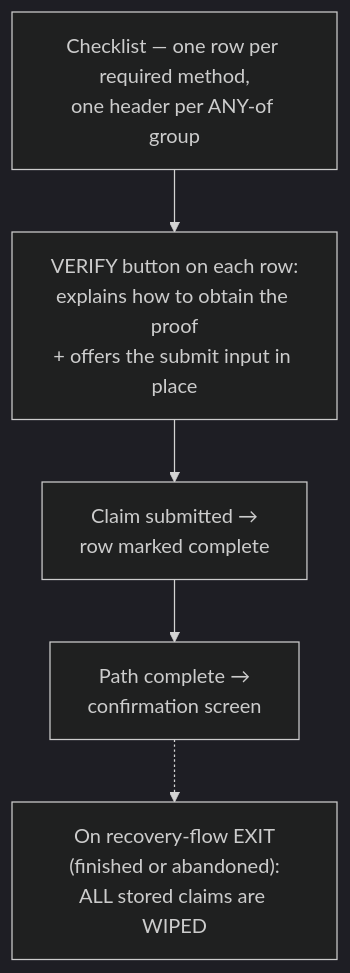
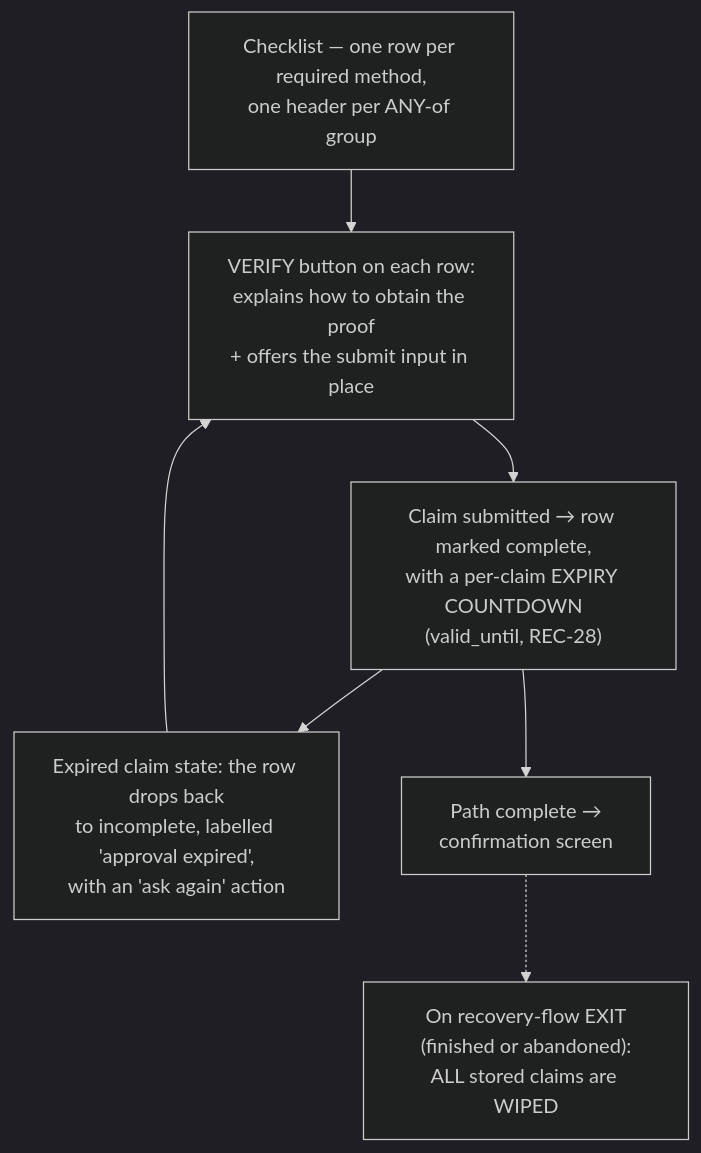
Before and after one commit to FiboAtWonder/kohaku-extension: the ninth of 14 diagrams in social-recovery-ux-flows.md, drawn with Mermaid (dark theme). The commit also changed other lines of this file and 5 other files, not shown here.

````diff
--- a/social-recovery-ux-flows.md
+++ b/social-recovery-ux-flows.md
@@ -274,7 +319,9 @@
 ```mermaid
 flowchart TD
     A["Checklist — one row per required method,<br/>one header per ANY-of group"] --> B["VERIFY button on each row:<br/>explains how to obtain the proof<br/>+ offers the submit input in place"]
-    B --> C["Claim submitted →<br/>row marked complete"]
+    B --> C["Claim submitted → row marked complete,<br/>with a per-claim EXPIRY COUNTDOWN<br/>(valid_until, REC-28)"]
+    C --> C2["Expired claim state: the row drops back<br/>to incomplete, labelled 'approval expired',<br/>with an 'ask again' action"]
+    C2 --> B
     C --> F["Path complete →<br/>confirmation screen"]
     F -.-> G["On recovery-flow EXIT<br/>(finished or abandoned):<br/>ALL stored claims are WIPED"]
 ```
````
